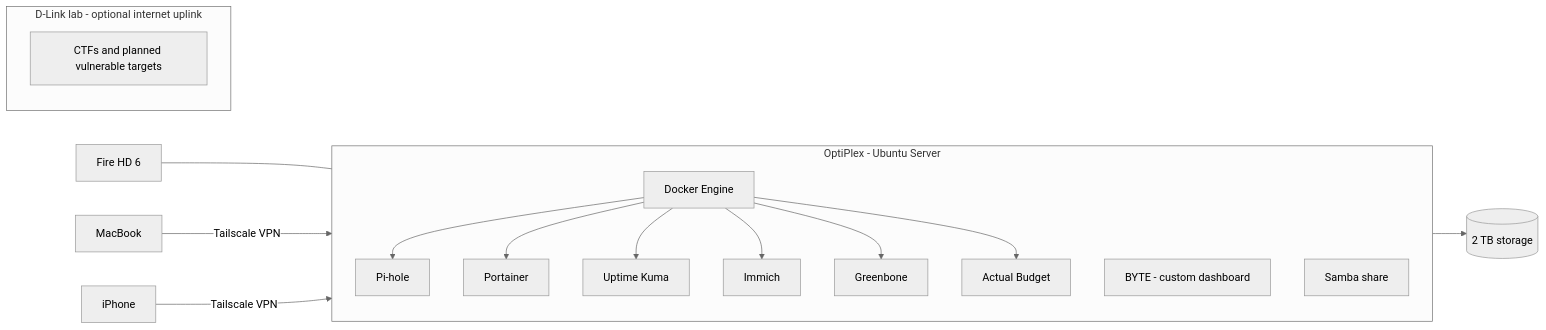
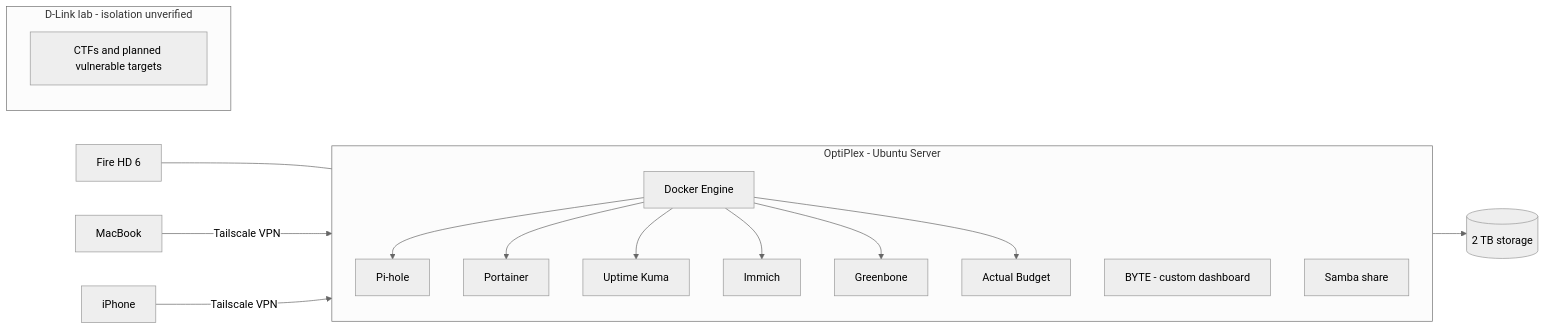
One commit to janavsatija/BLCKBX1 changed the diagram in README.md. Above: the diagram before and after it, drawn with Mermaid (neutral theme). The commit also changed other lines of this file, not shown here.

````diff
--- a/README.md
+++ b/README.md
@@ -83,22 +82,22 @@
 ```mermaid
 flowchart LR
     Mac[MacBook] -- Tailscale VPN --> Lab
     Phone[iPhone] -- Tailscale VPN --> Lab
     subgraph Lab[OptiPlex - Ubuntu Server]
         direction TB
         Docker[Docker Engine]
         Docker --> Pihole[Pi-hole]
         Docker --> Portainer
         Docker --> Kuma[Uptime Kuma]
         Docker --> Immich
         Docker --> Greenbone
         Docker --> Actual[Actual Budget]
         BYTE[BYTE - custom dashboard]
         Samba[Samba share]
     end
     Lab --> HDD[(2 TB storage)]
     Tablet[Fire HD 6] --- BYTE
-    subgraph Isolated[D-Link lab - optional internet uplink]
+    subgraph PlannedLab[D-Link lab - isolation unverified]
         Targets[CTFs and planned vulnerable targets]
     end
 ```
````
